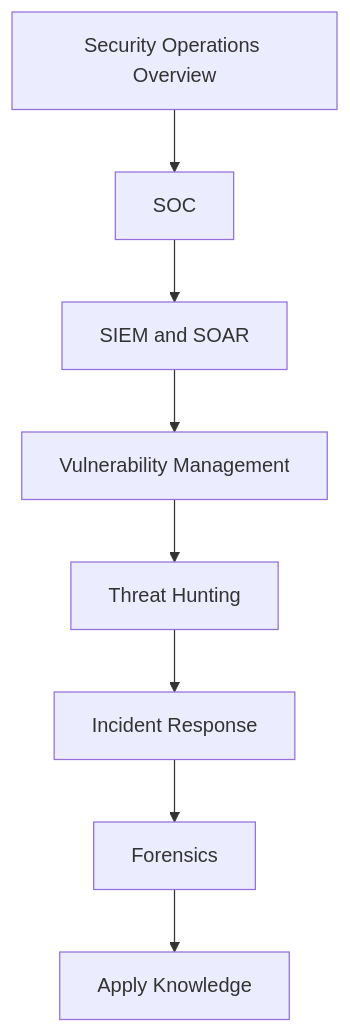
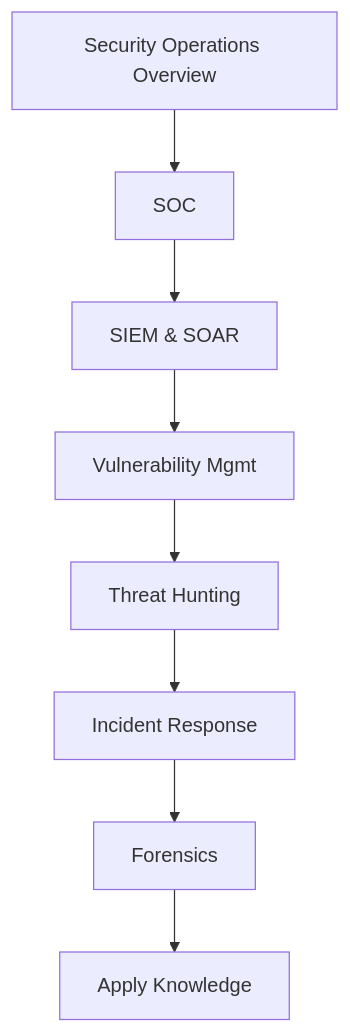
The diagram in profile/README.md (hakceracademy/.github), drawn with Mermaid before and after one commit. The commit also changed other lines of this file, not shown here.

````diff
--- a/profile/README.md
+++ b/profile/README.md
@@ -49,11 +49,11 @@
 ```mermaid
 graph TD
   A[Security Operations Overview]
   A --> SOC[SOC]
-  SOC --> SIEM[SIEM and SOAR]
-  SIEM --> Vuln[Vulnerability Management]
+  SOC --> SIEM[SIEM & SOAR]
+  SIEM --> Vuln[Vulnerability Mgmt]
   Vuln --> Hunt[Threat Hunting]
   Hunt --> IR[Incident Response]
   IR --> Forensics[Forensics]
   Forensics --> Z[Apply Knowledge]
 ```
````
